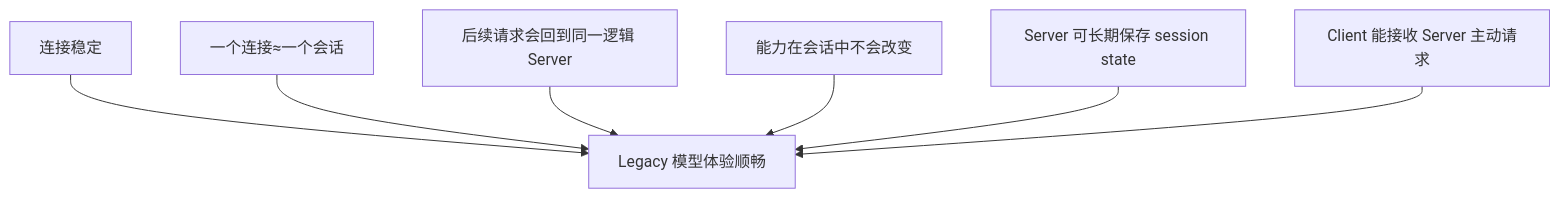
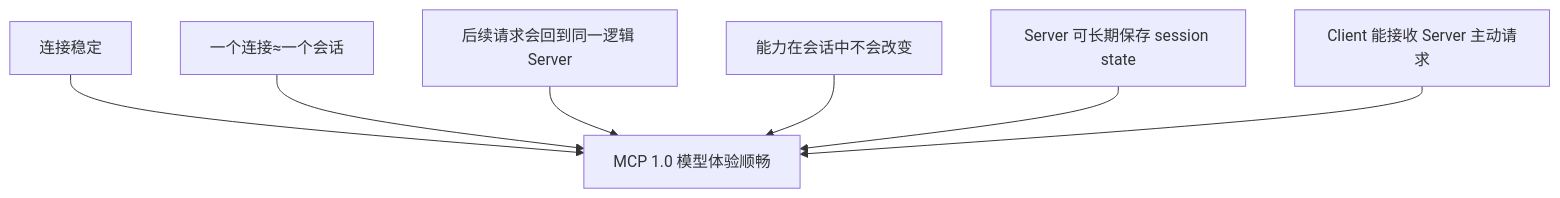
Diagram 16 of 27 in mcp-2.0/MCP_2_0_Research.md (caiboyang/ML-learning), drawn with Mermaid before and after one commit. The commit also changed other lines of this file and 2 other files, not shown here.

Commit message:
Address MCP guide audit feedback

````diff
--- a/mcp-2.0/MCP_2_0_Research.md
+++ b/mcp-2.0/MCP_2_0_Research.md
@@ -1498,15 +1661,15 @@
 ```mermaid
 flowchart TD
     A["连接稳定"]
     B["一个连接≈一个会话"]
     C["后续请求会回到同一逻辑 Server"]
     D["能力在会话中不会改变"]
     E["Server 可长期保存 session state"]
     F["Client 能接收 Server 主动请求"]
-    A --> Good["Legacy 模型体验顺畅"]
+    A --> Good["MCP 1.0 模型体验顺畅"]
     B --> Good
     C --> Good
     D --> Good
     E --> Good
     F --> Good
 ```
````
